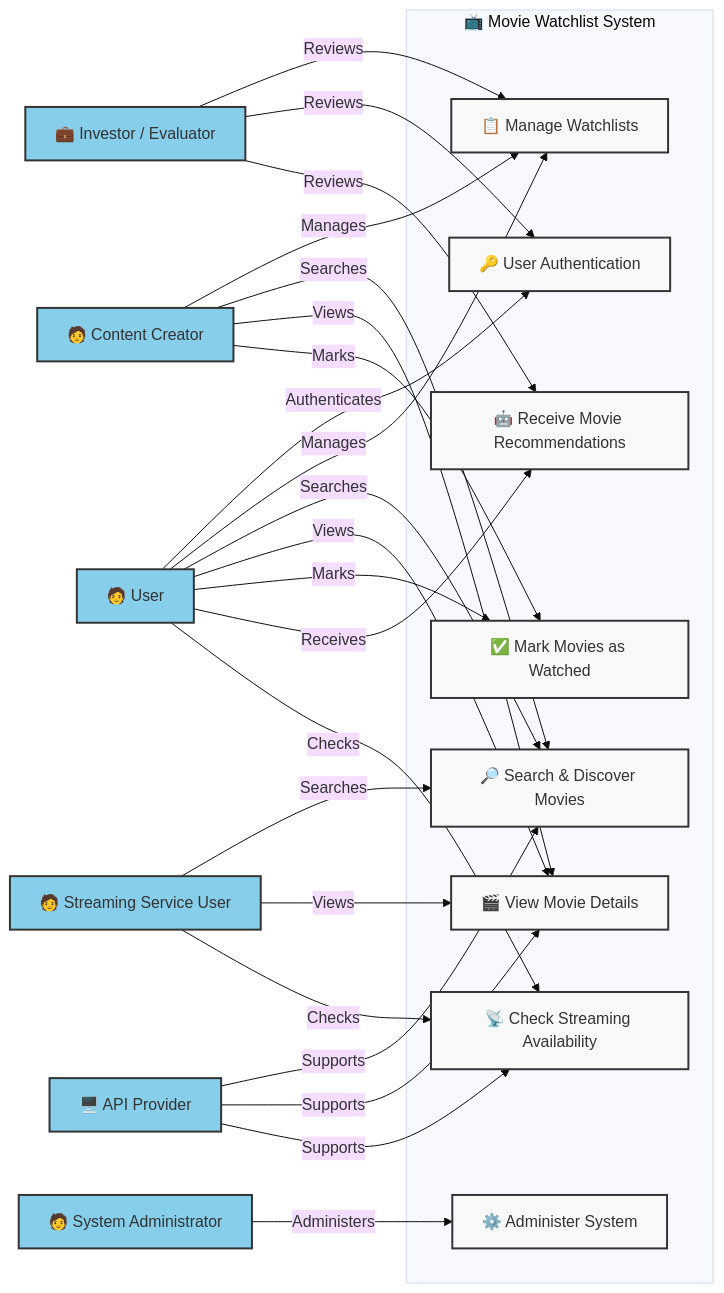
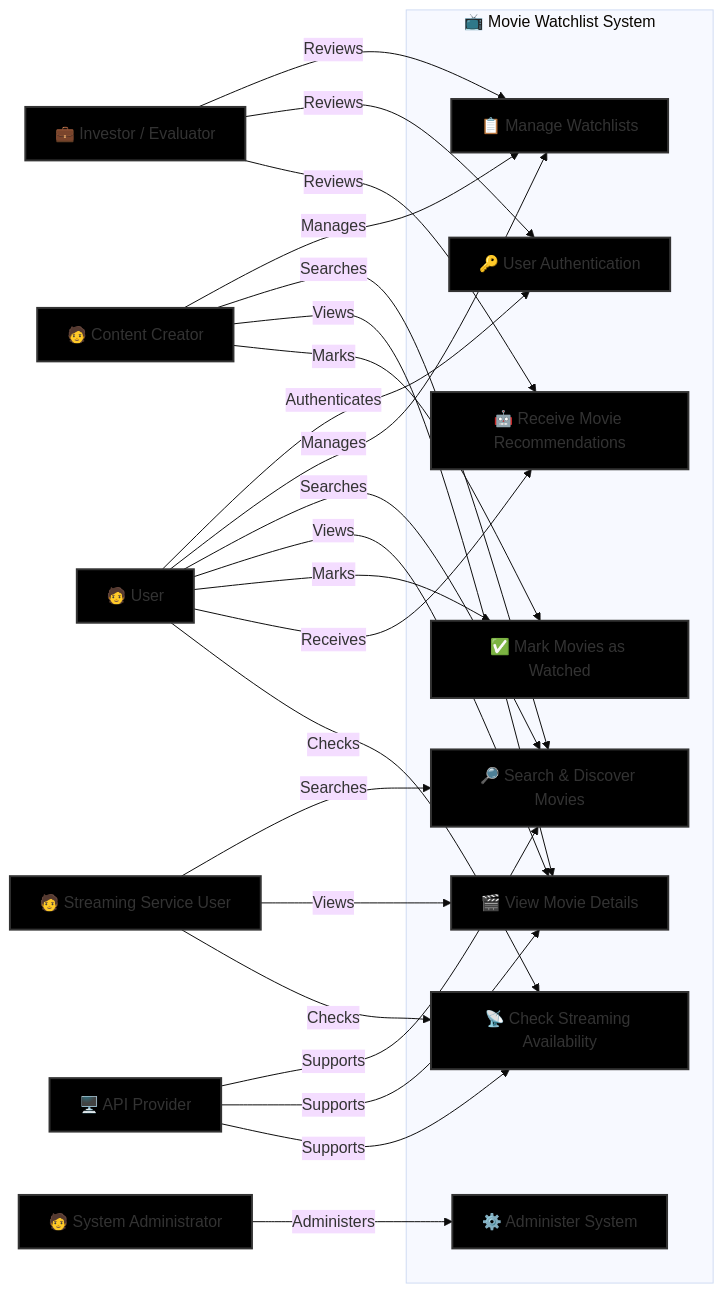
One commit to GrandDadDan/Movie-Watchlist changed the diagram in Test and Use Case Document.md. Above: the diagram before and after it, drawn with Mermaid (base theme).

Commit message:
Update Test and Use Case Document.md

````diff
--- a/Test and Use Case Document.md
+++ b/Test and Use Case Document.md
@@ -3,59 +3,59 @@
 ```mermaid
 
 graph LR;
     %% Define actors
     User["🧑 User"]:::actor
     ContentCreator["🧑 Content Creator"]:::actor
     StreamingServiceUser["🧑 Streaming Service User"]:::actor
     SystemAdministrator["🧑 System Administrator"]:::actor
     APIProvider["🖥️ API Provider"]:::actor
     InvestorProjectEvaluator["💼 Investor / Evaluator"]:::actor
 
     %% Define system boundary
     subgraph MovieWatchlistSystem["📺 Movie Watchlist System"]
         UserAuthentication["🔑 User Authentication"]:::usecase
         ManageWatchlists["📋 Manage Watchlists"]:::usecase
         SearchDiscoverMovies["🔎 Search & Discover Movies"]:::usecase
         ViewMovieDetails["🎬 View Movie Details"]:::usecase
         MarkMoviesWatched["✅ Mark Movies as Watched"]:::usecase
         ReceiveMovieRecommendations["🤖 Receive Movie Recommendations"]:::usecase
         CheckStreamingAvailability["📡 Check Streaming Availability"]:::usecase
         AdministerSystem["⚙️ Administer System"]:::usecase
     end
 
     %% Define relationships
     User -->|Authenticates| UserAuthentication
     User -->|Manages| ManageWatchlists
     User -->|Searches| SearchDiscoverMovies
     User -->|Views| ViewMovieDetails
     User -->|Marks| MarkMoviesWatched
     User -->|Receives| ReceiveMovieRecommendations
     User -->|Checks| CheckStreamingAvailability
 
     ContentCreator -->|Manages| ManageWatchlists
     ContentCreator -->|Searches| SearchDiscoverMovies
     ContentCreator -->|Views| ViewMovieDetails
     ContentCreator -->|Marks| MarkMoviesWatched
 
     StreamingServiceUser -->|Searches| SearchDiscoverMovies
     StreamingServiceUser -->|Views| ViewMovieDetails
     StreamingServiceUser -->|Checks| CheckStreamingAvailability
 
     SystemAdministrator -->|Administers| AdministerSystem
 
     APIProvider -->|Supports| SearchDiscoverMovies
     APIProvider -->|Supports| ViewMovieDetails
     APIProvider -->|Supports| CheckStreamingAvailability
 
     InvestorProjectEvaluator -->|Reviews| ManageWatchlists
     InvestorProjectEvaluator -->|Reviews| UserAuthentication
     InvestorProjectEvaluator -->|Reviews| ReceiveMovieRecommendations
 
     %% Styling
-    classDef actor fill:#87CEEB,stroke:#333,stroke-width:2px;
-    classDef usecase fill:#F9F9F9,stroke:#333,stroke-width:2px;
+    classDef actor fill:#000000,stroke:#333,stroke-width:2px;
+    classDef usecase fill:#000000,stroke:#333,stroke-width:2px;
     
     class User,ContentCreator,StreamingServiceUser,SystemAdministrator,APIProvider,InvestorProjectEvaluator actor;
     class UserAuthentication,ManageWatchlists,SearchDiscoverMovies,ViewMovieDetails,MarkMoviesWatched,ReceiveMovieRecommendations,CheckStreamingAvailability,AdministerSystem usecase;
 
 ```
````
